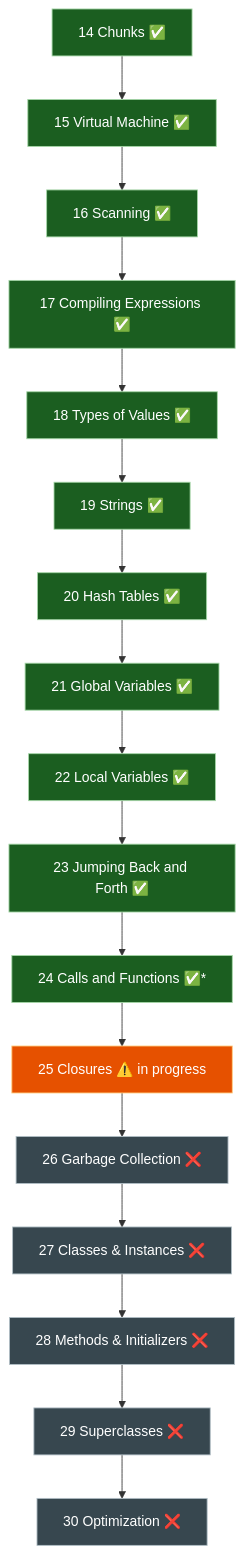
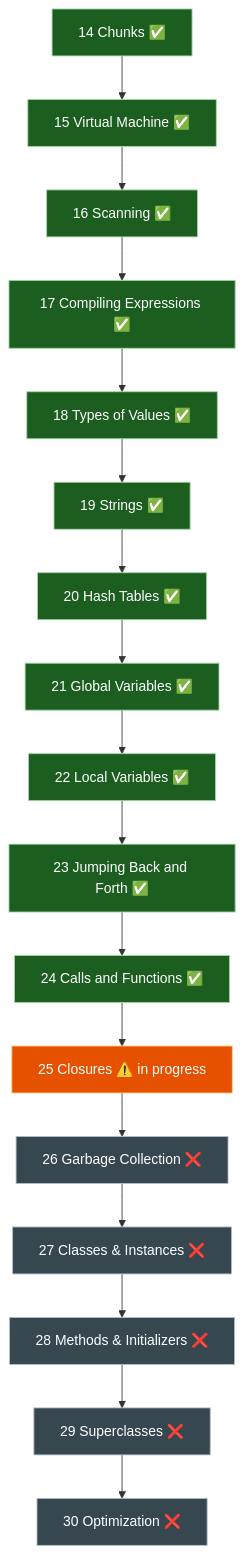
The sixth of 6 diagrams in docs/ARCHITECTURE.md (pawanspace/rlox), drawn with Mermaid before and after one commit. The commit also changed other lines of this file and 6 other files, not shown here.

````diff
--- a/docs/ARCHITECTURE.md
+++ b/docs/ARCHITECTURE.md
@@ -185,26 +185,26 @@
 ```mermaid
 flowchart TD
     C14["14 Chunks ✅"] --> C15["15 Virtual Machine ✅"]
     C15 --> C16["16 Scanning ✅"]
     C16 --> C17["17 Compiling Expressions ✅"]
     C17 --> C18["18 Types of Values ✅"]
     C18 --> C19["19 Strings ✅"]
     C19 --> C20["20 Hash Tables ✅"]
     C20 --> C21["21 Global Variables ✅"]
     C21 --> C22["22 Local Variables ✅"]
     C22 --> C23["23 Jumping Back and Forth ✅"]
-    C23 --> C24["24 Calls and Functions ✅*"]
+    C23 --> C24["24 Calls and Functions ✅"]
     C24 --> C25["25 Closures ⚠️ in progress"]
     C25 --> C26["26 Garbage Collection ❌"]
     C26 --> C27["27 Classes & Instances ❌"]
     C27 --> C28["28 Methods & Initializers ❌"]
     C28 --> C29["29 Superclasses ❌"]
     C29 --> C30["30 Optimization ❌"]
 
     classDef done fill:#1b5e20,stroke:#a5d6a7,color:#fff;
     classDef wip fill:#e65100,stroke:#ffcc80,color:#fff;
     classDef todo fill:#37474f,stroke:#b0bec5,color:#fff;
     class C14,C15,C16,C17,C18,C19,C20,C21,C22,C23,C24 done;
     class C25 wip;
     class C26,C27,C28,C29,C30 todo;
 ```
````
